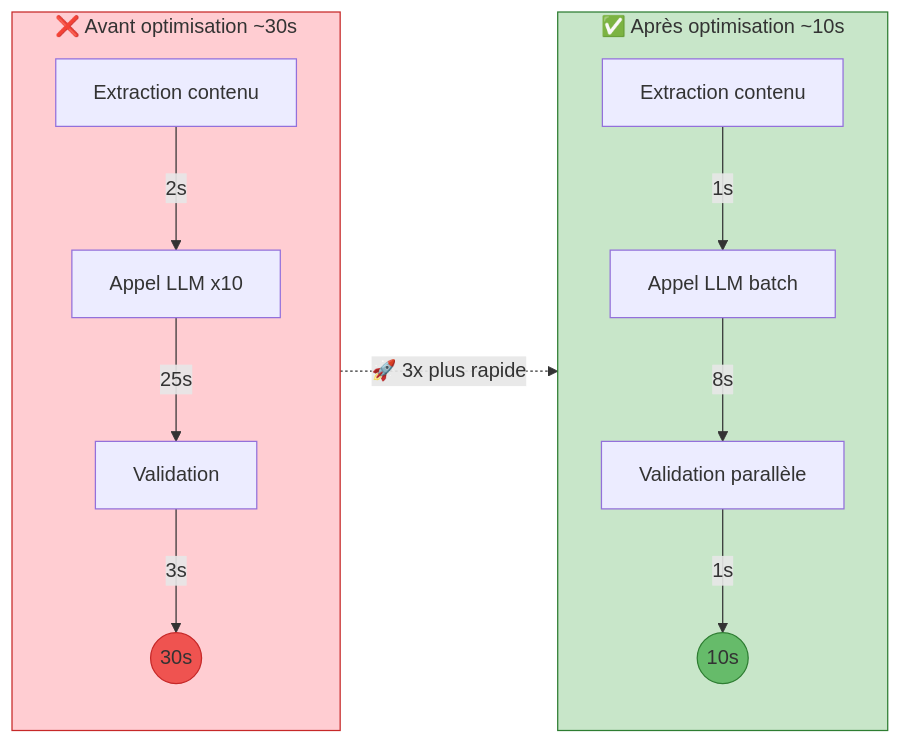
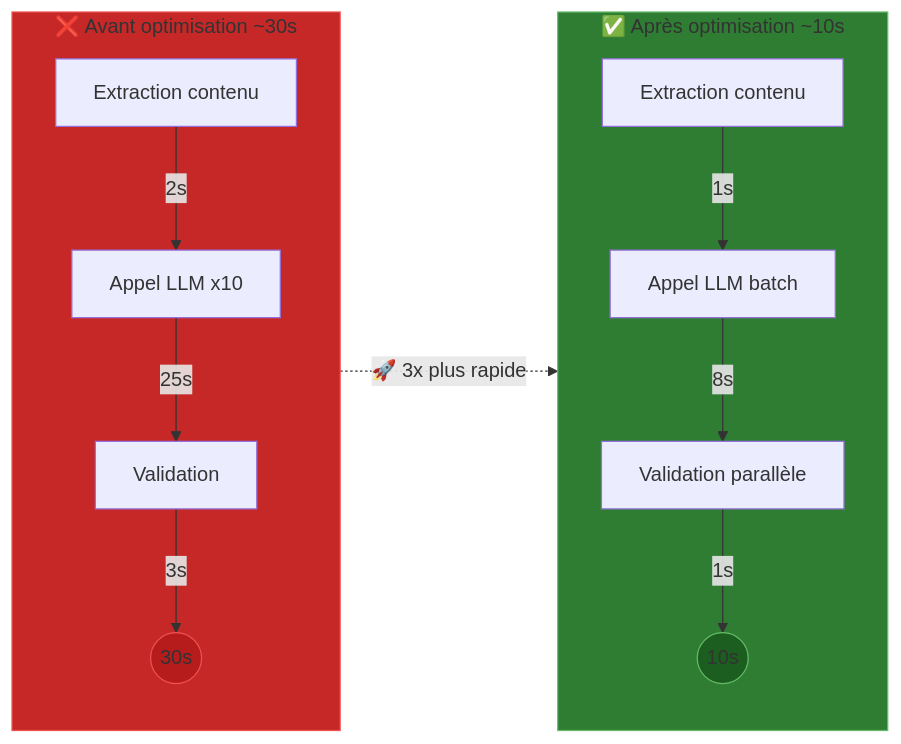
One commit to mindlet-app/docs changed the first of 3 diagrams in src/content/docs/annexes/difficultes.mdx. Above: the diagram before and after it, drawn with Mermaid. The commit also changed other lines of this file and 17 other files, not shown here.

First line of the commit message:
feat: Update Mermaid diagrams and enhance documentation clarity

````diff
--- a/src/content/docs/annexes/difficultes.mdx
+++ b/src/content/docs/annexes/difficultes.mdx
@@ -57,23 +57,23 @@
 ```mermaid
 flowchart LR
     subgraph Avant["❌ Avant optimisation ~30s"]
         direction TB
         A1["Extraction contenu"] -->|2s| A2["Appel LLM x10"]
         A2 -->|25s| A3["Validation"]
         A3 -->|3s| A4((30s))
     end
     
     subgraph Apres["✅ Après optimisation ~10s"]
         direction TB
         B1["Extraction contenu"] -->|1s| B2["Appel LLM batch"]
         B2 -->|8s| B3["Validation parallèle"]
         B3 -->|1s| B4((10s))
     end
     
     Avant -.->|"🚀 3x plus rapide"| Apres
     
-    style Avant fill:#ffcdd2,stroke:#c62828
-    style Apres fill:#c8e6c9,stroke:#2e7d32
-    style A4 fill:#ef5350,stroke:#c62828
-    style B4 fill:#66bb6a,stroke:#2e7d32
+    style Avant fill:#c62828,stroke:#ef5350
+    style Apres fill:#2e7d32,stroke:#66bb6a
+    style A4 fill:#b71c1c,stroke:#ef5350
+    style B4 fill:#1b5e20,stroke:#66bb6a
 ```
````
